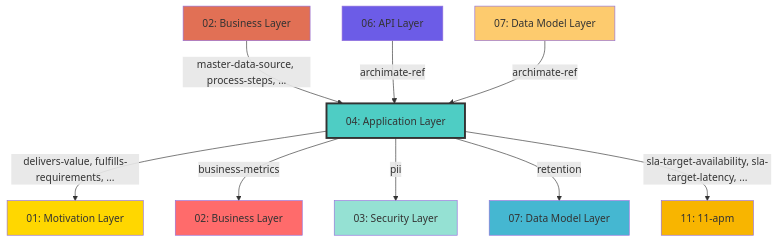
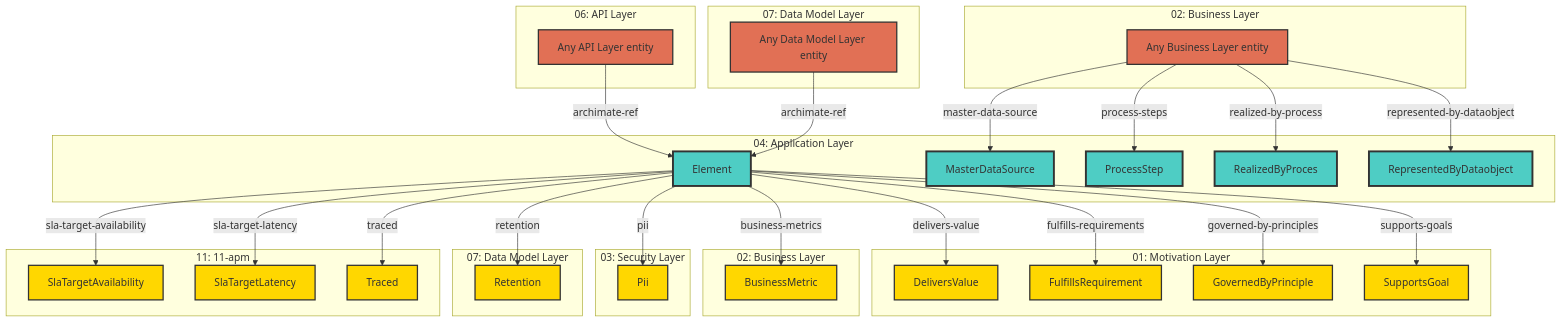
One commit to tinkermonkey/documentation_robotics changed the diagram in reports/layer-docs/04-application-cross-layer-relationships.md. Above: the diagram before and after it, drawn with Mermaid. The commit also changed other lines of this file and 42 other files, not shown here.

Commit message:
working on cleaning up and defining inter and intra layer relationships

````diff
--- a/reports/layer-docs/04-application-cross-layer-relationships.md
+++ b/reports/layer-docs/04-application-cross-layer-relationships.md
@@ -126,33 +9,87 @@
 ```mermaid
 graph TB
-  ThisLayer["04: Application Layer"]
+  subgraph thisLayer["04: Application Layer"]
+    thisElement["Element"]
+    thisMasterDataSource["MasterDataSource"]
+    thisProcessStep["ProcessStep"]
+    thisRealizedByProces["RealizedByProces"]
+    thisRepresentedByDataobject["RepresentedByDataobject"]
+  end
 
-  Target01["01: Motivation Layer"]
-  Target02["02: Business Layer"]
-  Target03["03: Security Layer"]
-  Target07["07: Data Model Layer"]
-  Target11["11: 11-apm"]
+  %% Target layers
+  subgraph target01Layer["01: Motivation Layer"]
+    target01DeliversValue["DeliversValue"]
+    target01FulfillsRequirement["FulfillsRequirement"]
+    target01GovernedByPrinciple["GovernedByPrinciple"]
+    target01SupportsGoal["SupportsGoal"]
+  end
+  subgraph target02Layer["02: Business Layer"]
+    target02BusinessMetric["BusinessMetric"]
+  end
+  subgraph target03Layer["03: Security Layer"]
+    target03Pii["Pii"]
+  end
+  subgraph target07Layer["07: Data Model Layer"]
+    target07Retention["Retention"]
+  end
+  subgraph target11Layer["11: 11-apm"]
+    target11SlaTargetAvailability["SlaTargetAvailability"]
+    target11SlaTargetLatency["SlaTargetLatency"]
+    target11Traced["Traced"]
+  end
 
-  Source02["02: Business Layer"]
-  Source06["06: API Layer"]
-  Source07["07: Data Model Layer"]
+  %% Source layers
+  subgraph source02Layer["02: Business Layer"]
+    source02Node["Any Business Layer entity"]
+  end
+  subgraph source06Layer["06: API Layer"]
+    source06Node["Any API Layer entity"]
+  end
+  subgraph source07Layer["07: Data Model Layer"]
+    source07Node["Any Data Model Layer entity"]
+  end
 
-  ThisLayer -->|delivers-value, fulfills-requirements, ...| Target01
-  ThisLayer -->|business-metrics| Target02
-  ThisLayer -->|pii| Target03
-  ThisLayer -->|retention| Target07
-  ThisLayer -->|sla-target-availability, sla-target-latency, ...| Target11
-  Source02 -->|master-data-source, process-steps, ...| ThisLayer
-  Source06 -->|archimate-ref| ThisLayer
-  Source07 -->|archimate-ref| ThisLayer
+  %% Outgoing relationships
+  thisElement -->|sla-target-availability| target11SlaTargetAvailability
+  thisElement -->|sla-target-latency| target11SlaTargetLatency
+  thisElement -->|traced| target11Traced
+  thisElement -->|business-metrics| target02BusinessMetric
+  thisElement -->|retention| target07Retention
+  thisElement -->|delivers-value| target01DeliversValue
+  thisElement -->|fulfills-requirements| target01FulfillsRequirement
+  thisElement -->|governed-by-principles| target01GovernedByPrinciple
+  thisElement -->|supports-goals| target01SupportsGoal
+  thisElement -->|pii| target03Pii
 
-  style ThisLayer fill:#4ECDC4,stroke:#333,stroke-width:3px
-  style Target01 fill:#FFD700
-  style Target02 fill:#FF6B6B
-  style Target03 fill:#95E1D3
-  style Target07 fill:#45B7D1
-  style Target11 fill:#F8B500
-  style Source02 fill:#E17055
-  style Source06 fill:#6C5CE7
-  style Source07 fill:#FDCB6E
+  %% Incoming relationships
+  source02Node -->|master-data-source| thisMasterDataSource
+  source02Node -->|process-steps| thisProcessStep
+  source02Node -->|realized-by-process| thisRealizedByProces
+  source02Node -->|represented-by-dataobject| thisRepresentedByDataobject
+  source06Node -->|archimate-ref| thisElement
+  source07Node -->|archimate-ref| thisElement
+
+  %% Styling
+  classDef thisLayerStyle fill:#4ECDC4,stroke:#333,stroke-width:3px
+  classDef targetLayerStyle fill:#FFD700,stroke:#333,stroke-width:2px
+  classDef sourceLayerStyle fill:#E17055,stroke:#333,stroke-width:2px
+
+  class thisElement thisLayerStyle
+  class thisMasterDataSource thisLayerStyle
+  class thisProcessStep thisLayerStyle
+  class thisRealizedByProces thisLayerStyle
+  class thisRepresentedByDataobject thisLayerStyle
+  class target01DeliversValue targetLayerStyle
+  class target01FulfillsRequirement targetLayerStyle
+  class target01GovernedByPrinciple targetLayerStyle
+  class target01SupportsGoal targetLayerStyle
+  class target02BusinessMetric targetLayerStyle
+  class target03Pii targetLayerStyle
+  class target07Retention targetLayerStyle
+  class target11SlaTargetAvailability targetLayerStyle
+  class target11SlaTargetLatency targetLayerStyle
+  class target11Traced targetLayerStyle
+  class source02Node sourceLayerStyle
+  class source06Node sourceLayerStyle
+  class source07Node sourceLayerStyle
 ```
````
